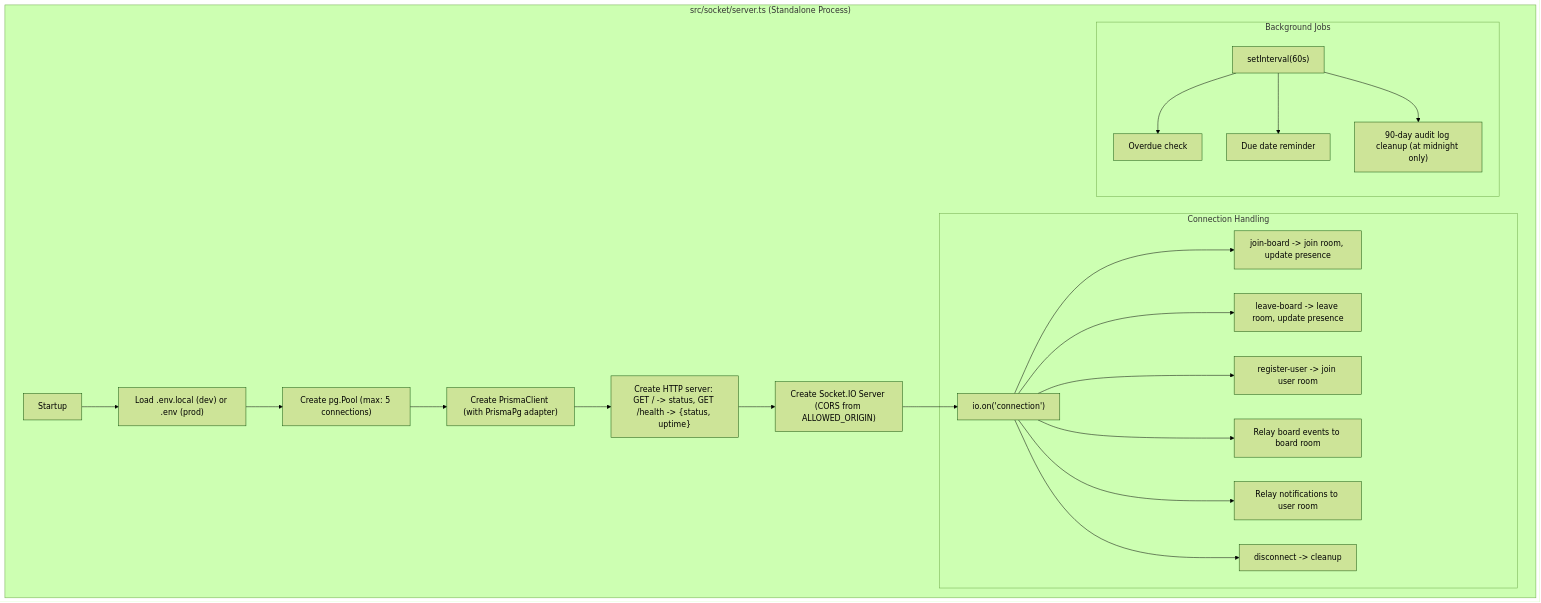
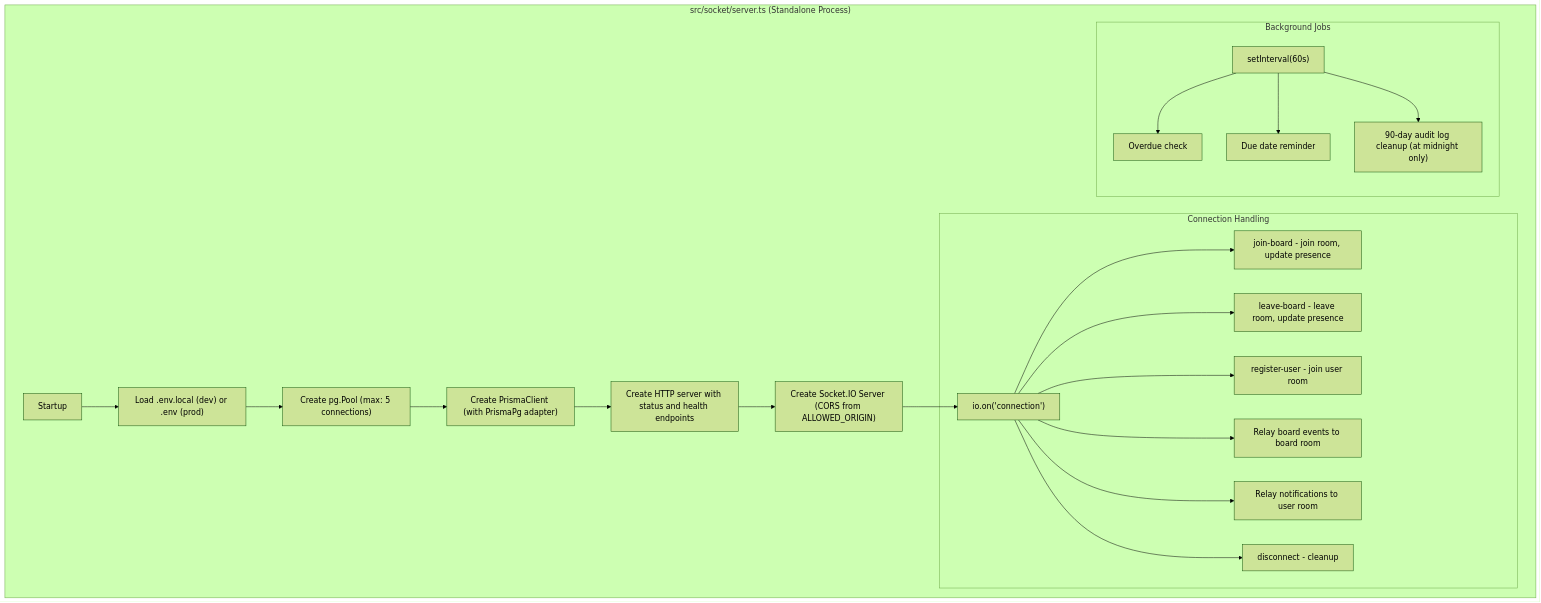
One commit to asefahmed500/Smart-Task-App_IIT_DU_Final_Project changed the second of 8 diagrams in docs/07-real-time-sockets.md. Above: the diagram before and after it, drawn with Mermaid (forest theme). The commit also changed other lines of this file and 9 other files, not shown here.

Commit message:
fix: update AGENTS.md with Vercel deployment notes and additional mermaid cleanups

````diff
--- a/docs/07-real-time-sockets.md
+++ b/docs/07-real-time-sockets.md
@@ -70,41 +70,41 @@
 ```mermaid
 flowchart TD
     subgraph "src/socket/server.ts (Standalone Process)"
         START["Startup"]
         DOTENV["Load .env.local (dev) or .env (prod)"]
         POOL["Create pg.Pool (max: 5 connections)"]
         PRISMA["Create PrismaClient (with PrismaPg adapter)"]
-        HTTP["Create HTTP server: GET / -> status, GET /health -> {status, uptime}"]
+        HTTP["Create HTTP server with status and health endpoints"]
         IO["Create Socket.IO Server (CORS from ALLOWED_ORIGIN)"]
 
         START --> DOTENV --> POOL --> PRISMA --> HTTP --> IO
 
         subgraph "Connection Handling"
             CONNECT["io.on('connection')"]
-            JOIN["join-board -> join room, update presence"]
-            LEAVE["leave-board -> leave room, update presence"]
-            REGISTER["register-user -> join user room"]
+            JOIN["join-board - join room, update presence"]
+            LEAVE["leave-board - leave room, update presence"]
+            REGISTER["register-user - join user room"]
             RELAY["Relay board events to board room"]
             NOTIF["Relay notifications to user room"]
-            DISCONNECT["disconnect -> cleanup"]
+            DISCONNECT["disconnect - cleanup"]
         end
 
         subgraph "Background Jobs"
             INTERVAL["setInterval(60s)"]
             OVERDUE["Overdue check"]
             DUE["Due date reminder"]
             CLEANUP["90-day audit log cleanup (at midnight only)"]
         end
 
         IO --> CONNECT
         CONNECT --> JOIN
         CONNECT --> LEAVE
         CONNECT --> REGISTER
         CONNECT --> RELAY
         CONNECT --> NOTIF
         CONNECT --> DISCONNECT
         INTERVAL --> OVERDUE
         INTERVAL --> DUE
         INTERVAL --> CLEANUP
     end
 ```
````
